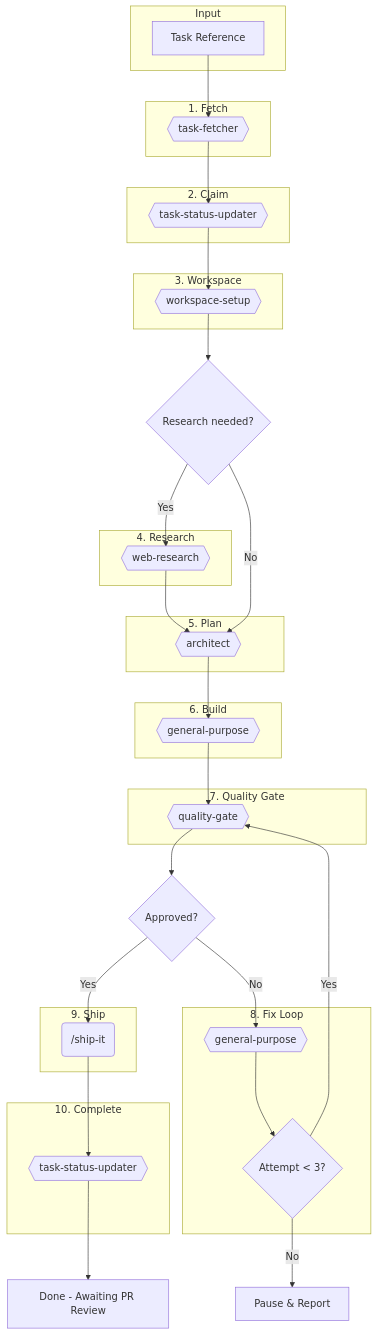
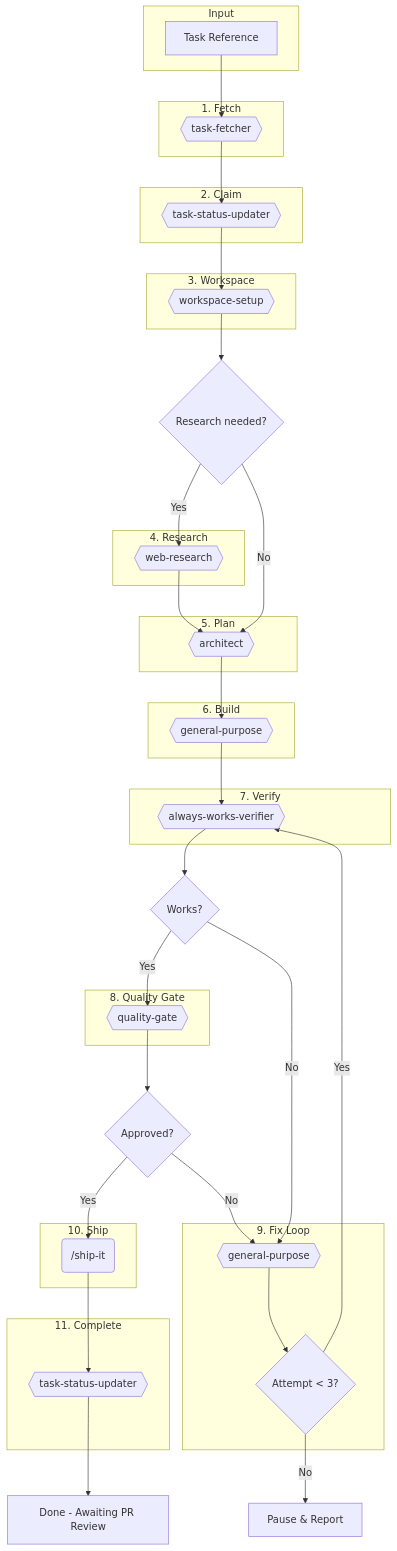
One commit to majesticlabs-dev/majestic-marketplace changed the diagram in plugins/majestic-engineer/commands/workflows/build-task.md. Above: the diagram before and after it, drawn with Mermaid. The commit also changed other lines of this file, not shown here.

````diff
--- a/plugins/majestic-engineer/commands/workflows/build-task.md
+++ b/plugins/majestic-engineer/commands/workflows/build-task.md
@@ -24,64 +24,71 @@
 ```mermaid
 flowchart TD
     subgraph Input
         A[Task Reference]
     end
 
     subgraph "1. Fetch"
         B{{task-fetcher}}
     end
 
     subgraph "2. Claim"
         CL{{task-status-updater}}
     end
 
     subgraph "3. Workspace"
         W{{workspace-setup}}
     end
 
     subgraph "4. Research"
         C{{web-research}}
     end
 
     subgraph "5. Plan"
         D{{architect}}
     end
 
     subgraph "6. Build"
         E{{general-purpose}}
     end
 
-    subgraph "7. Quality Gate"
+    subgraph "7. Verify"
+        V{{always-works-verifier}}
+    end
+
+    subgraph "8. Quality Gate"
         F{{quality-gate}}
     end
 
-    subgraph "8. Fix Loop"
+    subgraph "9. Fix Loop"
         G{{general-purpose}}
         H{Attempt < 3?}
     end
 
-    subgraph "9. Ship"
+    subgraph "10. Ship"
         I(/ship-it)
     end
 
-    subgraph "10. Complete"
+    subgraph "11. Complete"
         CI{{task-status-updater}}
     end
 
     A --> B
     B --> CL
     CL --> W
     W --> K{Research needed?}
     K -->|Yes| C --> D
     K -->|No| D
     D --> E
-    E --> F
+    E --> V
+    V --> VR{Works?}
+    VR -->|Yes| F
+    VR -->|No| G
     F --> L{Approved?}
     L -->|Yes| I
     L -->|No| G
     G --> H
-    H -->|Yes| F
+    H -->|Yes| V
     H -->|No| M[Pause & Report]
     I --> CI
     CI --> N[Done - Awaiting PR Review]
 ```
````
